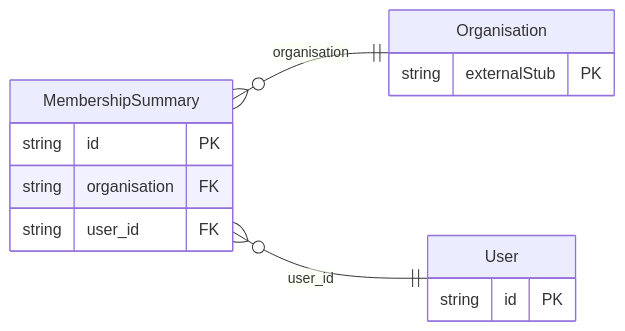
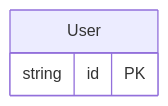
Before and after one commit to oh-tarnished/freebusy: the diagram in protobuf/generated/prisma/freebusy/identity/README.md, drawn with Mermaid. The commit also changed other lines of this file and 82 other files, not shown here.

First line of the commit message:
feat: Add Prisma schemas and enums for freebusy property and channel

````diff
--- a/protobuf/generated/prisma/freebusy/identity/README.md
+++ b/protobuf/generated/prisma/freebusy/identity/README.md
@@ -13,17 +13,7 @@
 ```mermaid
 erDiagram
     direction LR
-    MembershipSummary {
-        string id PK
-        string organisation FK
-        string user_id FK
-    }
     User {
         string id PK
     }
-    Organisation {
-        string externalStub PK
-    }
-    MembershipSummary }o--|| Organisation : "organisation"
-    MembershipSummary }o--|| User : "user_id"
 ```
````
